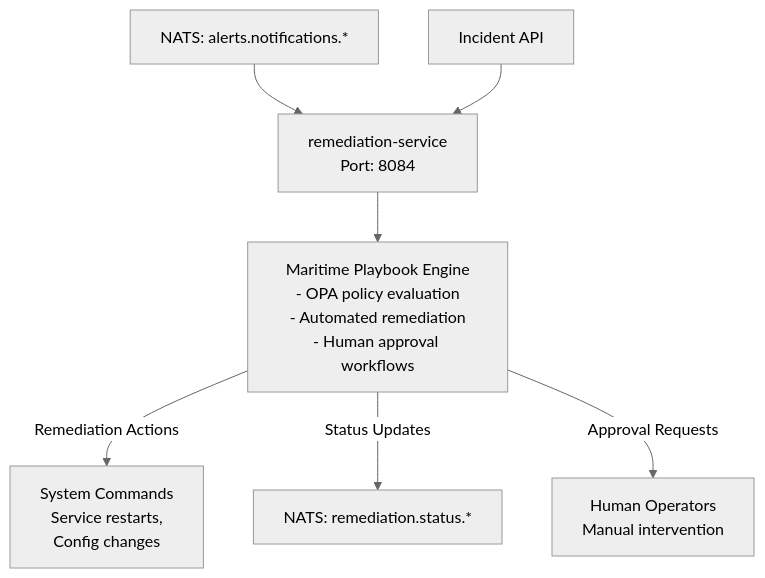
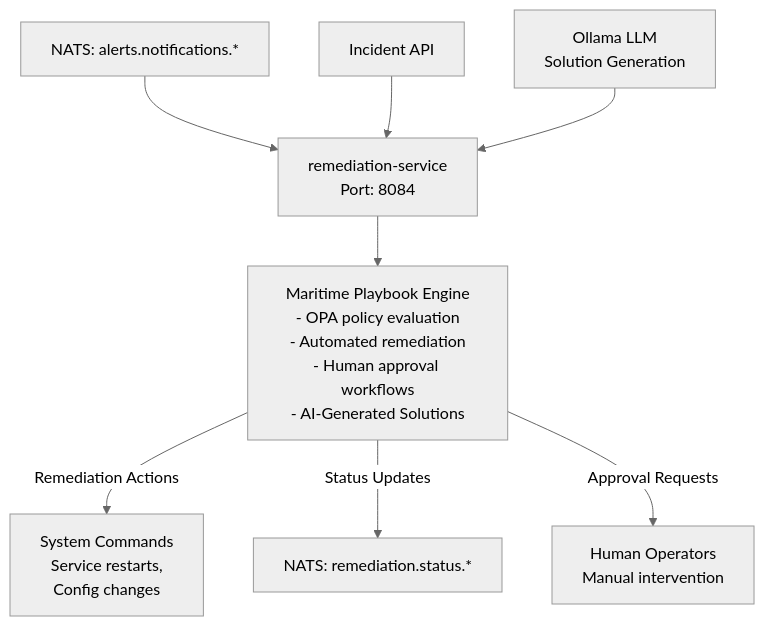
One commit to iLodeStar/AIOps-NAAS changed the seventh of 9 diagrams in docs/comprehensive-data-flow-diagram.md. Above: the diagram before and after it, drawn with Mermaid (neutral theme). The commit also changed other lines of this file and 1 other file, not shown here.

Commit message:
Fix Mermaid diagram syntax with quotes and add comprehensive AI/ML integration documentation

````diff
--- a/docs/comprehensive-data-flow-diagram.md
+++ b/docs/comprehensive-data-flow-diagram.md
@@ -163,14 +272,15 @@
 ```mermaid
 graph TD
     %% Remediation triggers
-    R3[NATS: alerts.notifications.*] --> S1[remediation-service<br/>Port: 8084]
-    O1[Incident API] --> S1
+    R3["NATS: alerts.notifications.*"] --> S1["remediation-service<br/>Port: 8084"]
+    O1["Incident API"] --> S1
+    ML1["Ollama LLM<br/>Solution Generation"] --> S1
     
     %% Remediation processing
-    S1 --> S2[Maritime Playbook Engine<br/>- OPA policy evaluation<br/>- Automated remediation<br/>- Human approval workflows]
+    S1 --> S2["Maritime Playbook Engine<br/>- OPA policy evaluation<br/>- Automated remediation<br/>- Human approval workflows<br/>- AI-Generated Solutions"]
     
     %% Remediation outputs
-    S2 -->|Remediation Actions| T1[System Commands<br/>Service restarts,<br/>Config changes]
-    S2 -->|Status Updates| T2[NATS: remediation.status.*]
-    S2 -->|Approval Requests| T3[Human Operators<br/>Manual intervention]
+    S2 -->|"Remediation Actions"| T1["System Commands<br/>Service restarts,<br/>Config changes"]
+    S2 -->|"Status Updates"| T2["NATS: remediation.status.*"]
+    S2 -->|"Approval Requests"| T3["Human Operators<br/>Manual intervention"]
 ```
````
